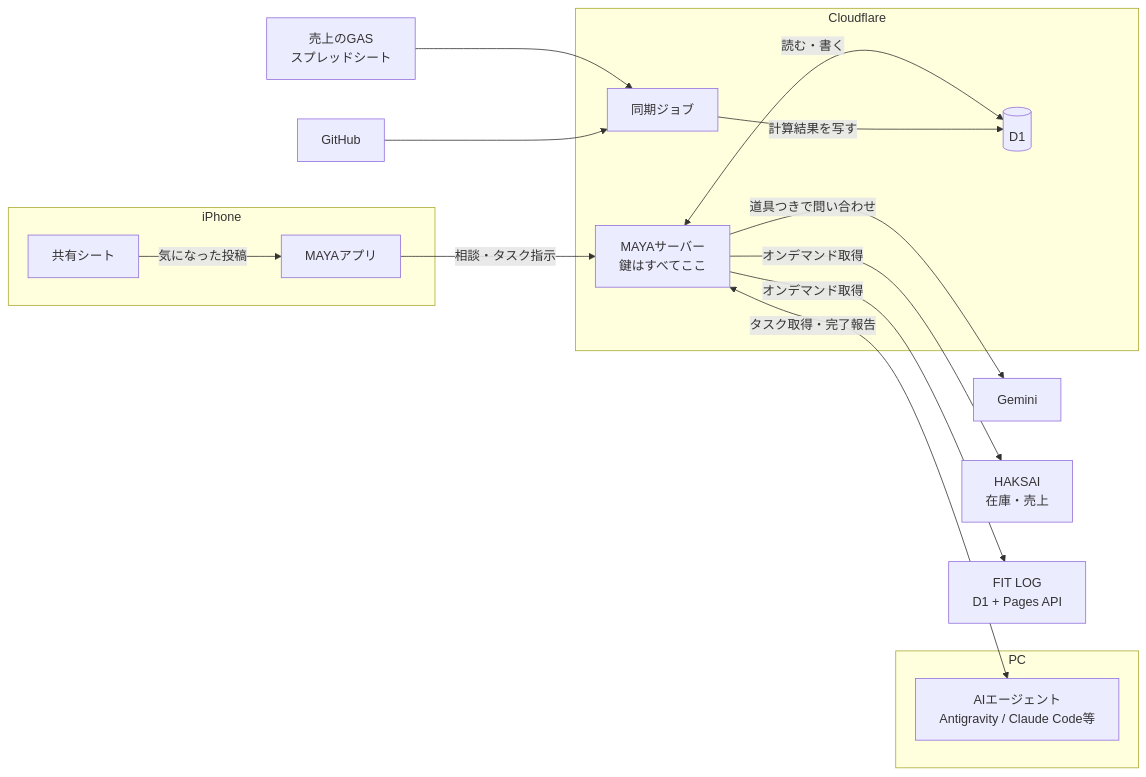
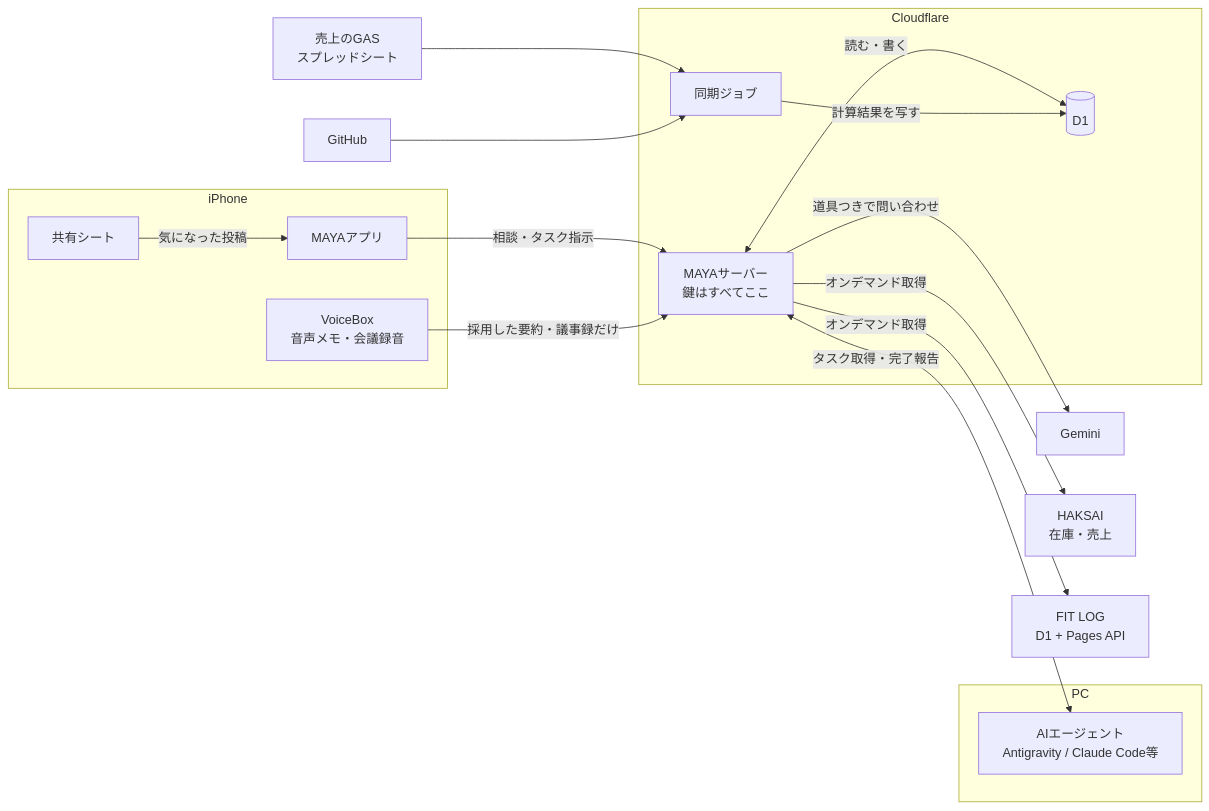
The first of 3 diagrams in docs/PLATFORM_ARCHITECTURE.md (koji330-coder/maya-executive-partner), drawn with Mermaid before and after one commit. The commit also changed other lines of this file and 9 other files, not shown here.

````diff
--- a/docs/PLATFORM_ARCHITECTURE.md
+++ b/docs/PLATFORM_ARCHITECTURE.md
@@ -23,34 +23,36 @@
 ```mermaid
 flowchart LR
   subgraph iPhone
     App[MAYAアプリ]
     Share[共有シート]
+    VoiceBox[VoiceBox<br/>音声メモ・会議録音]
   end
 
   subgraph Cloudflare
     Worker[MAYAサーバー<br/>鍵はすべてここ]
     D1[(D1)]
     Cron[同期ジョブ]
   end
 
   subgraph PC
     Agent[AIエージェント<br/>Antigravity / Claude Code等]
   end
 
   Gemini[Gemini]
   SalesGAS[売上のGAS<br/>スプレッドシート]
   GitHub[GitHub]
   HAKSAI[HAKSAI<br/>在庫・売上]
   FitLog[FIT LOG<br/>D1 + Pages API]
 
   App -->|相談・タスク指示| Worker
   Share -->|気になった投稿| App
+  VoiceBox -->|採用した要約・議事録だけ| Worker
   Worker -->|道具つきで問い合わせ| Gemini
   Worker <-->|読む・書く| D1
   Worker -->|オンデマンド取得| HAKSAI
   Worker -->|オンデマンド取得| FitLog
   Cron -->|計算結果を写す| D1
   SalesGAS --> Cron
   GitHub --> Cron
   Worker <-->|タスク取得・完了報告| Agent
 ```
````
